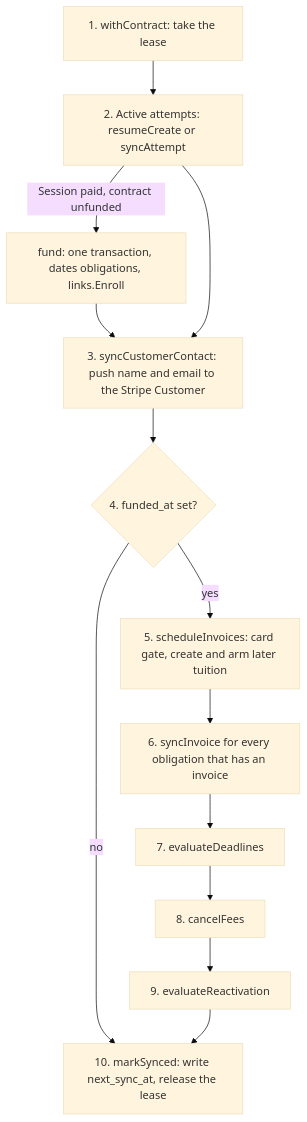
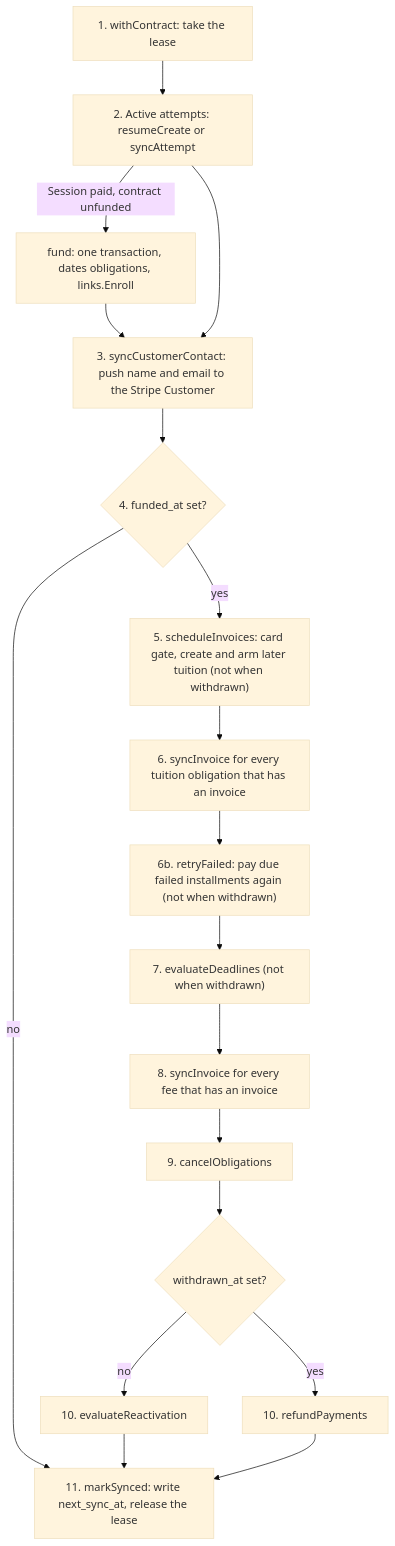
The second of 2 diagrams in docs/billing/worker.md (devGabriel131/ProjectHermes), drawn with Mermaid (base theme) before and after one commit. The commit also changed other lines of this file and 21 other files, not shown here.

First line of the commit message:
feat(billing): pay failed installments again and add an overdue grace period

````diff
--- a/docs/billing/worker.md
+++ b/docs/billing/worker.md
@@ -94,15 +94,20 @@
 ```mermaid
 flowchart TD
     A["1. withContract: take the lease"] --> B["2. Active attempts: resumeCreate or syncAttempt"]
     B -->|"Session paid, contract unfunded"| F["fund: one transaction, dates obligations, links.Enroll"]
     F --> C
     B --> C["3. syncCustomerContact: push name and email to the Stripe Customer"]
     C --> D{"4. funded_at set?"}
     D -->|"no"| K
-    D -->|"yes"| E["5. scheduleInvoices: card gate, create and arm later tuition"]
-    E --> G["6. syncInvoice for every obligation that has an invoice"]
-    G --> H["7. evaluateDeadlines"]
-    H --> I["8. cancelFees"]
-    I --> J["9. evaluateReactivation"]
-    J --> K["10. markSynced: write next_sync_at, release the lease"]
+    D -->|"yes"| E["5. scheduleInvoices: card gate, create and arm later tuition (not when withdrawn)"]
+    E --> G["6. syncInvoice for every tuition obligation that has an invoice"]
+    G --> R["6b. retryFailed: pay due failed installments again (not when withdrawn)"]
+    R --> H["7. evaluateDeadlines (not when withdrawn)"]
+    H --> L["8. syncInvoice for every fee that has an invoice"]
+    L --> I["9. cancelObligations"]
+    I --> X{"withdrawn_at set?"}
+    X -->|"no"| J["10. evaluateReactivation"]
+    X -->|"yes"| Y["10. refundPayments"]
+    J --> K["11. markSynced: write next_sync_at, release the lease"]
+    Y --> K
 ```
````
